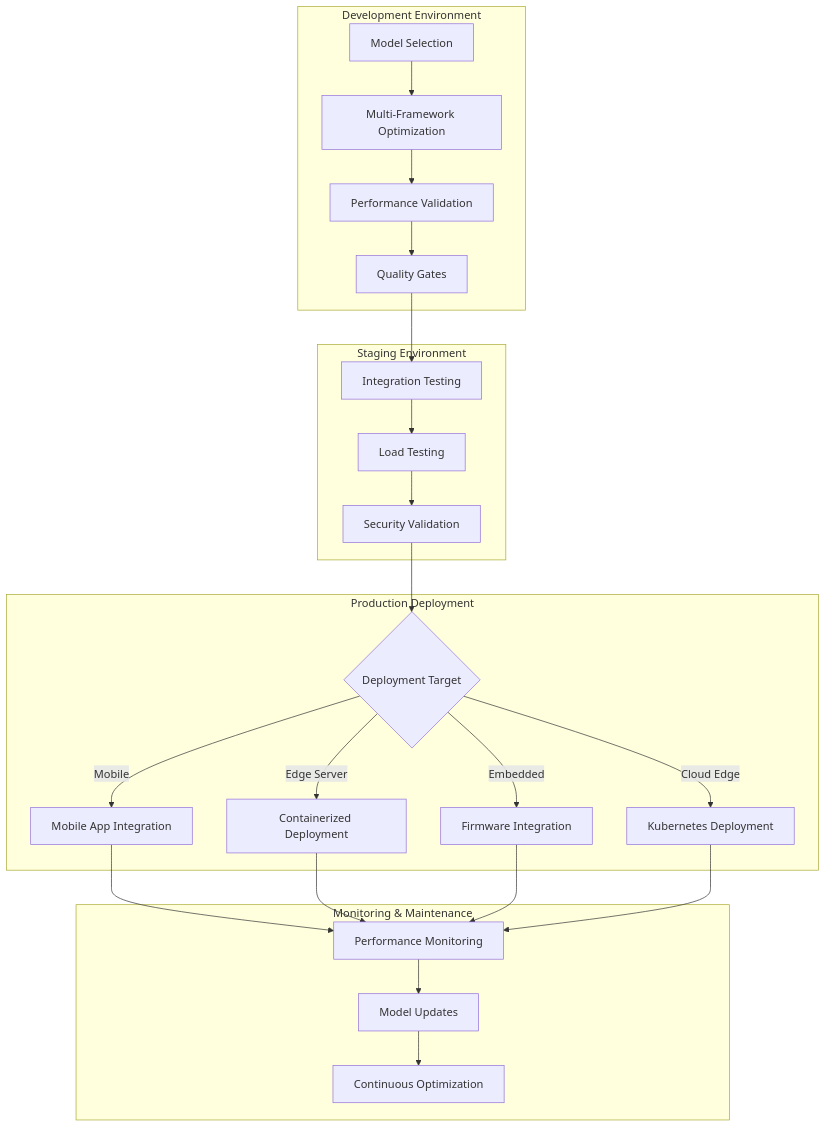
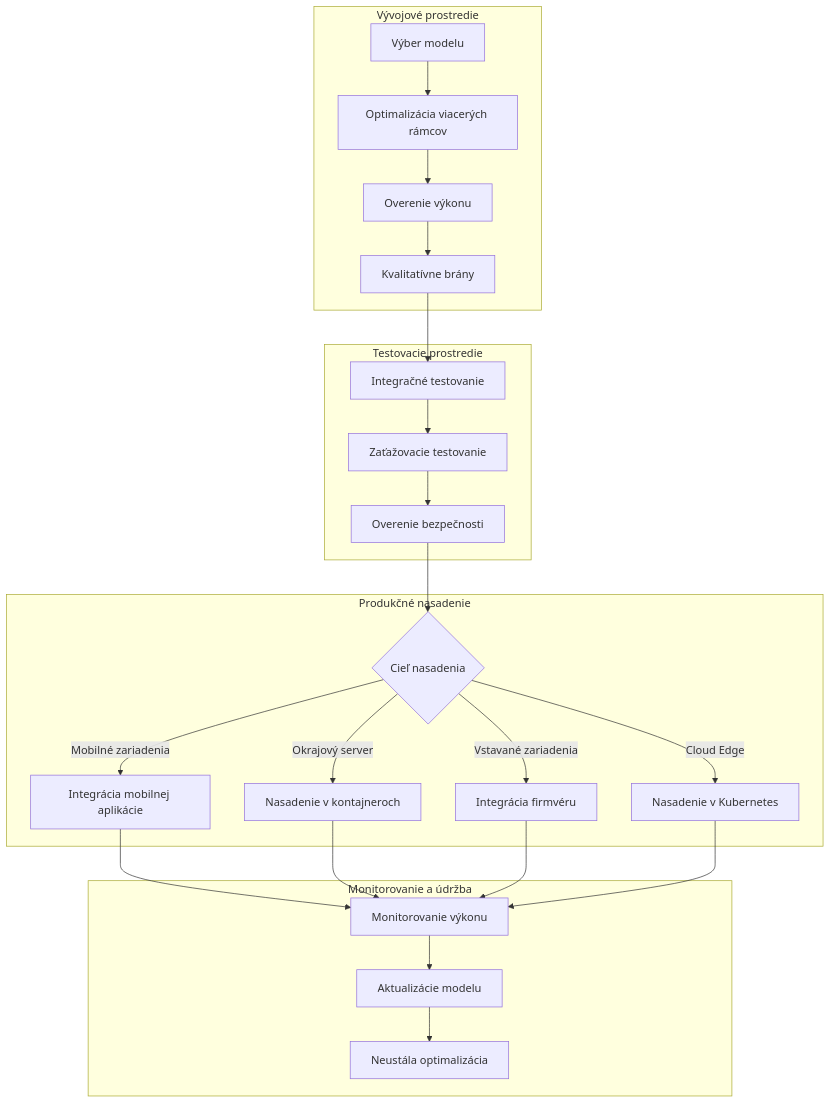
Before and after one commit to microsoft/edgeai-for-beginners: the third of 3 diagrams in translations/sk/Module04/06.workflow-synthesis.md, drawn with Mermaid. The commit also changed other lines of this file and 45 other files, not shown here.

````diff
--- a/translations/sk/Module04/06.workflow-synthesis.md
+++ b/translations/sk/Module04/06.workflow-synthesis.md
@@ -402,31 +402,31 @@
 ```mermaid
 graph TB
-    subgraph "Development Environment"
-        A[Model Selection] --> B[Multi-Framework Optimization]
-        B --> C[Performance Validation]
-        C --> D[Quality Gates]
+    subgraph "Vývojové prostredie"
+        A[Výber modelu] --> B[Optimalizácia viacerých rámcov]
+        B --> C[Overenie výkonu]
+        C --> D[Kvalitatívne brány]
     end
     
-    subgraph "Staging Environment"
-        D --> E[Integration Testing]
-        E --> F[Load Testing]
-        F --> G[Security Validation]
+    subgraph "Testovacie prostredie"
+        D --> E[Integračné testovanie]
+        E --> F[Zaťažovacie testovanie]
+        F --> G[Overenie bezpečnosti]
     end
     
-    subgraph "Production Deployment"
-        G --> H{Deployment Target}
-        H -->|Mobile| I[Mobile App Integration]
-        H -->|Edge Server| J[Containerized Deployment]
-        H -->|Embedded| K[Firmware Integration]
-        H -->|Cloud Edge| L[Kubernetes Deployment]
+    subgraph "Produkčné nasadenie"
+        G --> H{Cieľ nasadenia}
+        H -->|Mobilné zariadenia| I[Integrácia mobilnej aplikácie]
+        H -->|Okrajový server| J[Nasadenie v kontajneroch]
+        H -->|Vstavané zariadenia| K[Integrácia firmvéru]
+        H -->|Cloud Edge| L[Nasadenie v Kubernetes]
     end
     
-    subgraph "Monitoring & Maintenance"
-        I --> M[Performance Monitoring]
+    subgraph "Monitorovanie a údržba"
+        I --> M[Monitorovanie výkonu]
         J --> M
         K --> M
         L --> M
-        M --> N[Model Updates]
-        N --> O[Continuous Optimization]
+        M --> N[Aktualizácie modelu]
+        N --> O[Neustála optimalizácia]
     end
 ```
````
